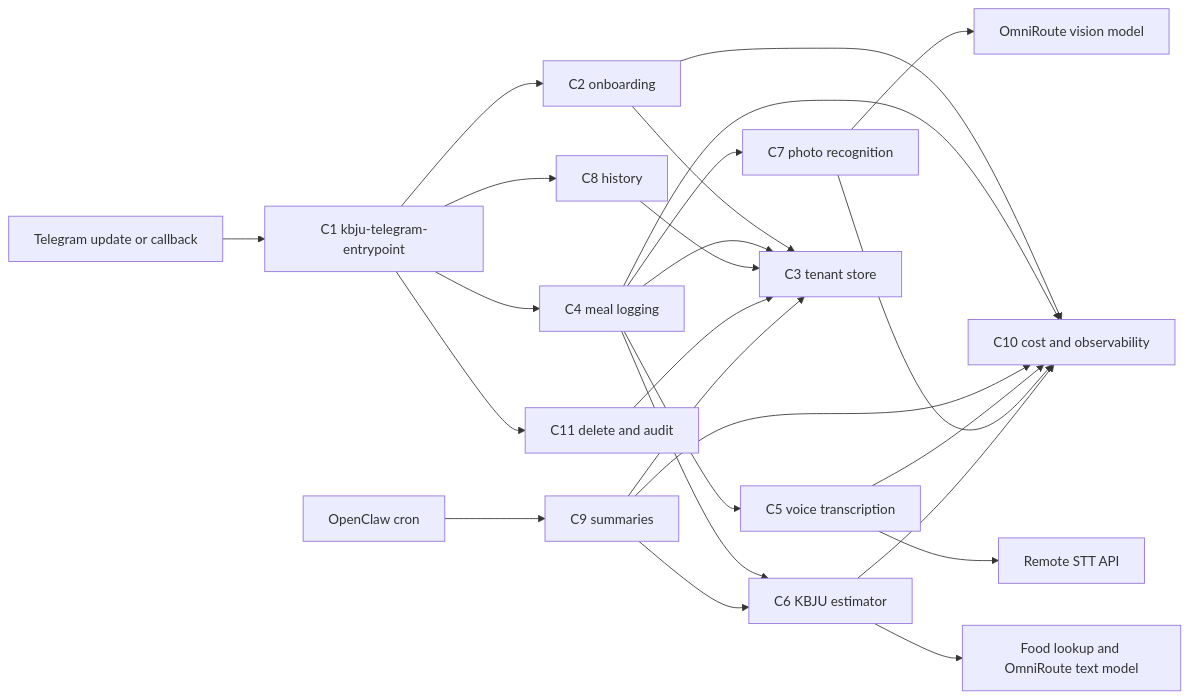
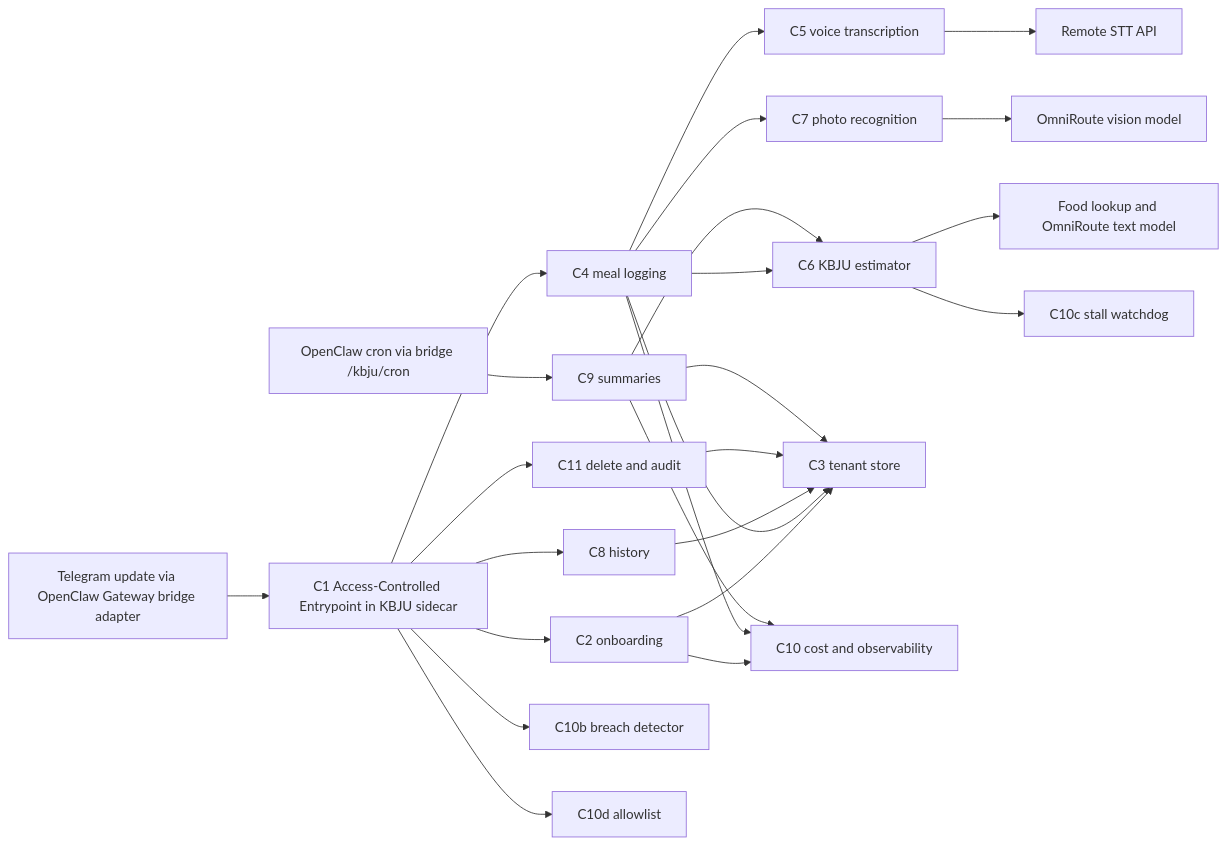
The diagram in docs/architecture/ARCH-001-kbju-coach-v0-1.md (OpenClown-bot/openclown-assistant), drawn with Mermaid before and after one commit. The commit also changed other lines of this file and 9 other files, not shown here.

Commit message:
ARCH-001@0.5.0: Architect-2 DeepSeek V4 Pro deep-OpenClaw design (HYBRID gateway+sidecar+HTTP bridge)

````diff
--- a/docs/architecture/ARCH-001-kbju-coach-v0-1.md
+++ b/docs/architecture/ARCH-001-kbju-coach-v0-1.md
@@ -245,27 +268,27 @@
 ```mermaid
 graph LR
-  A[Telegram update or callback] --> B[C1 kbju-telegram-entrypoint]
+  A[Telegram update via OpenClaw Gateway bridge adapter] --> B[C1 Access-Controlled Entrypoint in KBJU sidecar]
   B --> C[C2 onboarding]
   B --> D[C4 meal logging]
   B --> E[C8 history]
   B --> F[C11 delete and audit]
-  G[OpenClaw cron] --> H[C9 summaries]
+  G[OpenClaw cron via bridge /kbju/cron] --> H[C9 summaries]
   D --> I[C5 voice transcription]
   D --> J[C7 photo recognition]
   D --> K[C6 KBJU estimator]
   H --> K
   C --> L[C3 tenant store]
   D --> L
   E --> L
   F --> L
   H --> L
   I --> M[Remote STT API]
   J --> N[OmniRoute vision model]
   K --> O[Food lookup and OmniRoute text model]
   C --> P[C10 cost and observability]
   D --> P
   H --> P
-  I --> P
-  J --> P
-  K --> P
+  B --> Q[C10b breach detector]
+  B --> R[C10d allowlist]
+  K --> S[C10c stall watchdog]
 ```
````
